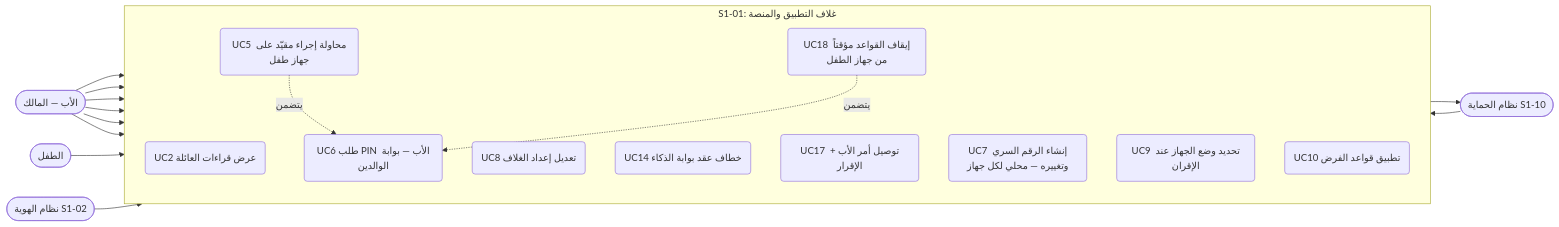
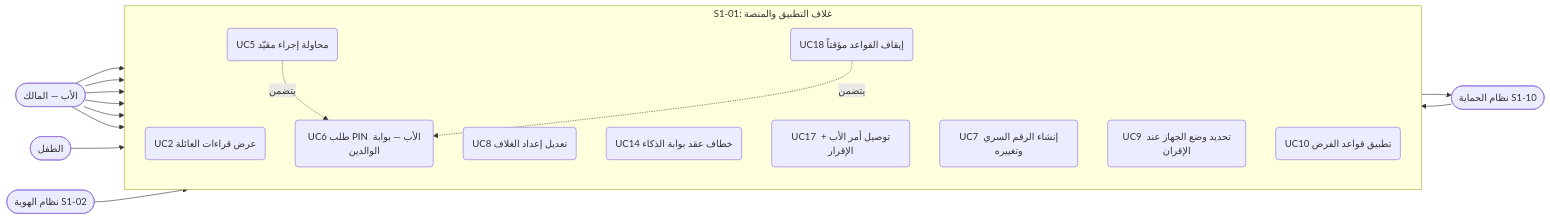
One commit to Bassam-mohammed-alqaeadi/family-os-v2 changed the second of 19 diagrams in docs/family-os/governance/phases/phase-1/S1-01-app-shell-and-platform/DIAGRAMS.md. Above: the diagram before and after it, drawn with Mermaid. The commit also changed other lines of this file, not shown here.

````diff
--- a/docs/family-os/governance/phases/phase-1/S1-01-app-shell-and-platform/DIAGRAMS.md
+++ b/docs/family-os/governance/phases/phase-1/S1-01-app-shell-and-platform/DIAGRAMS.md
@@ -55,34 +59,34 @@
 ```mermaid
 flowchart LR
     Father([الأب — المالك])
     Child([الطفل])
     S102([نظام الهوية S1-02])
     S110([نظام الحماية S1-10])
 
     subgraph S101b ["S1-01: غلاف التطبيق والمنصة"]
         direction TB
         UC2(UC2 عرض قراءات العائلة)
         UC8(UC8 تعديل إعداد الغلاف)
         UC14(UC14 خطاف عقد بوابة الذكاء)
         UC17(UC17 توصيل أمر الأب + الإقرار)
-        UC7(UC7 إنشاء الرقم السري وتغييره — محلي لكل جهاز)
-        UC18(UC18 إيقاف القواعد مؤقتاً من جهاز الطفل)
-        UC5(UC5 محاولة إجراء مقيّد على جهاز طفل)
+        UC7(UC7 إنشاء الرقم السري وتغييره)
+        UC18(UC18 إيقاف القواعد مؤقتاً)
+        UC5(UC5 محاولة إجراء مقيّد)
         UC6(UC6 طلب PIN الأب — بوابة الوالدين)
         UC9(UC9 تحديد وضع الجهاز عند الإقران)
         UC10(UC10 تطبيق قواعد الفرض)
     end
 
     Father --> UC2
     Father --> UC8
     Father --> UC14
     Father --> UC17
     Father --> UC7
     Father --> UC18
     Child --> UC5
     UC5 -.->|يتضمن| UC6
     UC18 -.->|يتضمن| UC6
     UC18 --> S110
     S102 --> UC9
     S110 --> UC10
 ```
````
